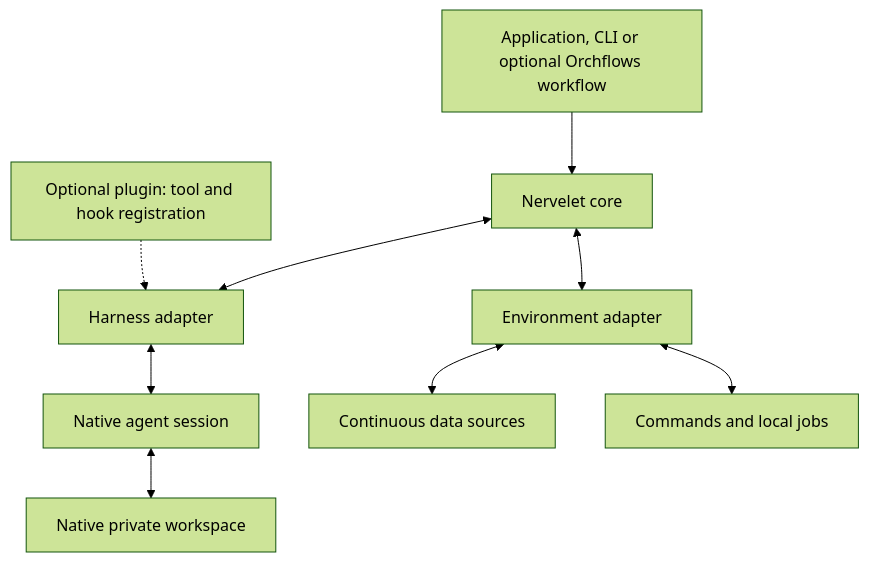
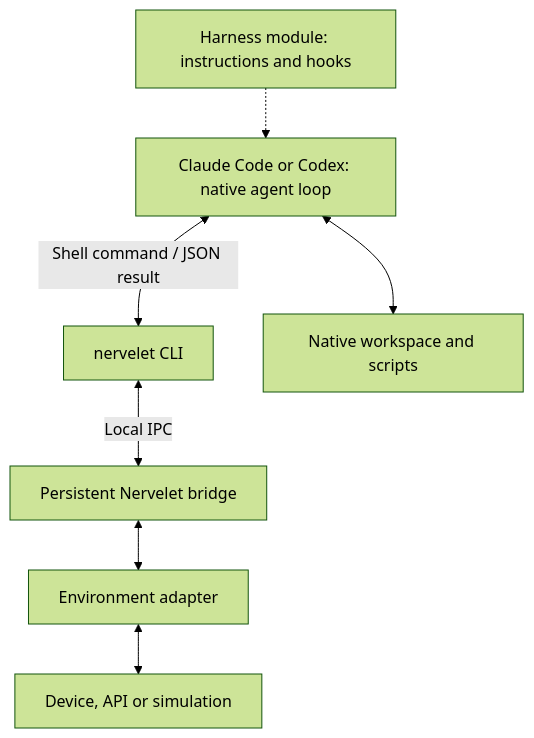
Before and after one commit to DanMcInerney/nervelet: the first of 2 diagrams in DESIGN.md, drawn with Mermaid (forest theme). The commit also changed other lines of this file and 7 other files, not shown here.

Commit message:
Simplify Nervelet to one native agent and a CLI bridge

````diff
--- a/DESIGN.md
+++ b/DESIGN.md
@@ -15,11 +9,9 @@
 ```mermaid
 flowchart TD
-    O["Application, CLI or optional Orchflows workflow"] --> C["Nervelet core"]
-    C <--> H["Harness adapter"]
-    H <--> A["Native agent session"]
-    A <--> W["Native private workspace"]
-    C <--> E["Environment adapter"]
-    E <--> S["Continuous data sources"]
-    E <--> J["Commands and local jobs"]
-    P["Optional plugin: tool and hook registration"] -.-> H
+    H["Claude Code or Codex: native agent loop"] <-->|"Shell command / JSON result"| C["nervelet CLI"]
+    H <--> W["Native workspace and scripts"]
+    C <-->|"Local IPC"| B["Persistent Nervelet bridge"]
+    B <--> E["Environment adapter"]
+    E <--> D["Device, API or simulation"]
+    I["Harness module: instructions and hooks"] -.-> H
 ```
````
